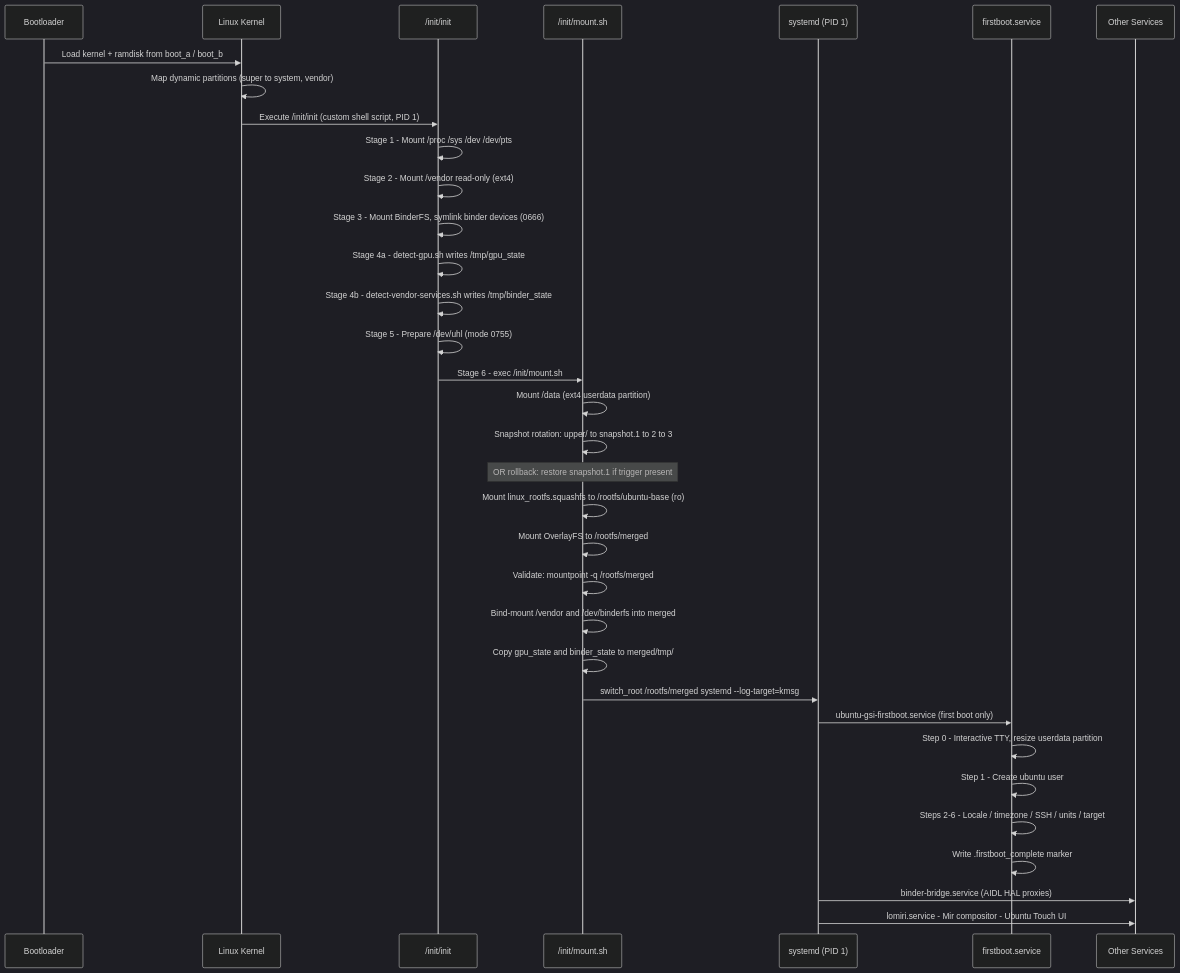
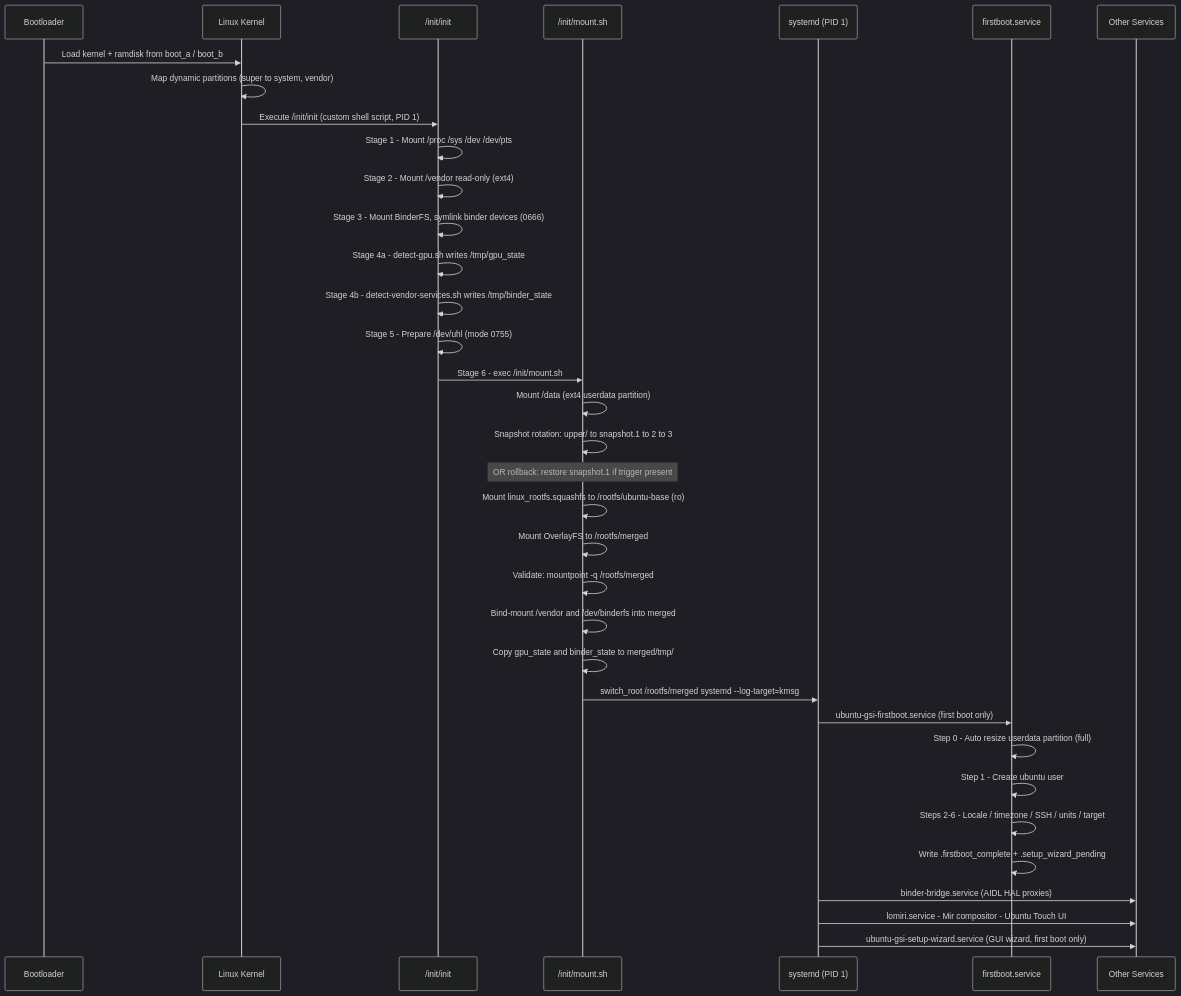
Before and after one commit to zerofrip/Ubuntu_Touch_AIDL_GSI: the diagram in docs/boot_flow.md, drawn with Mermaid (dark theme). The commit also changed other lines of this file and 2 other files, not shown here.

Commit message:
feat: update NOTICE and documentation for third-party components and first boot process

````diff
--- a/docs/boot_flow.md
+++ b/docs/boot_flow.md
@@ -9,37 +9,38 @@
 ```mermaid
 sequenceDiagram
     participant BL as Bootloader
     participant K  as Linux Kernel
     participant I  as /init/init
     participant M  as /init/mount.sh
     participant SD as systemd (PID 1)
     participant FB as firstboot.service
     participant SV as Other Services
 
     BL->>K: Load kernel + ramdisk from boot_a / boot_b
     K->>K: Map dynamic partitions (super to system, vendor)
     K->>I: Execute /init/init (custom shell script, PID 1)
     I->>I: Stage 1 - Mount /proc /sys /dev /dev/pts
     I->>I: Stage 2 - Mount /vendor read-only (ext4)
     I->>I: Stage 3 - Mount BinderFS, symlink binder devices (0666)
     I->>I: Stage 4a - detect-gpu.sh writes /tmp/gpu_state
     I->>I: Stage 4b - detect-vendor-services.sh writes /tmp/binder_state
     I->>I: Stage 5 - Prepare /dev/uhl (mode 0755)
     I->>M: Stage 6 - exec /init/mount.sh
     M->>M: Mount /data (ext4 userdata partition)
     M->>M: Snapshot rotation: upper/ to snapshot.1 to 2 to 3
     Note over M: OR rollback: restore snapshot.1 if trigger present
     M->>M: Mount linux_rootfs.squashfs to /rootfs/ubuntu-base (ro)
     M->>M: Mount OverlayFS to /rootfs/merged
     M->>M: Validate: mountpoint -q /rootfs/merged
     M->>M: Bind-mount /vendor and /dev/binderfs into merged
     M->>M: Copy gpu_state and binder_state to merged/tmp/
     M->>SD: switch_root /rootfs/merged systemd --log-target=kmsg
     SD->>FB: ubuntu-gsi-firstboot.service (first boot only)
-    FB->>FB: Step 0 - Interactive TTY, resize userdata partition
+    FB->>FB: Step 0 - Auto resize userdata partition (full)
     FB->>FB: Step 1 - Create ubuntu user
     FB->>FB: Steps 2-6 - Locale / timezone / SSH / units / target
-    FB->>FB: Write .firstboot_complete marker
+    FB->>FB: Write .firstboot_complete + .setup_wizard_pending
     SD->>SV: binder-bridge.service (AIDL HAL proxies)
     SD->>SV: lomiri.service - Mir compositor - Ubuntu Touch UI
+    SD->>SV: ubuntu-gsi-setup-wizard.service (GUI wizard, first boot only)
 ```
````
